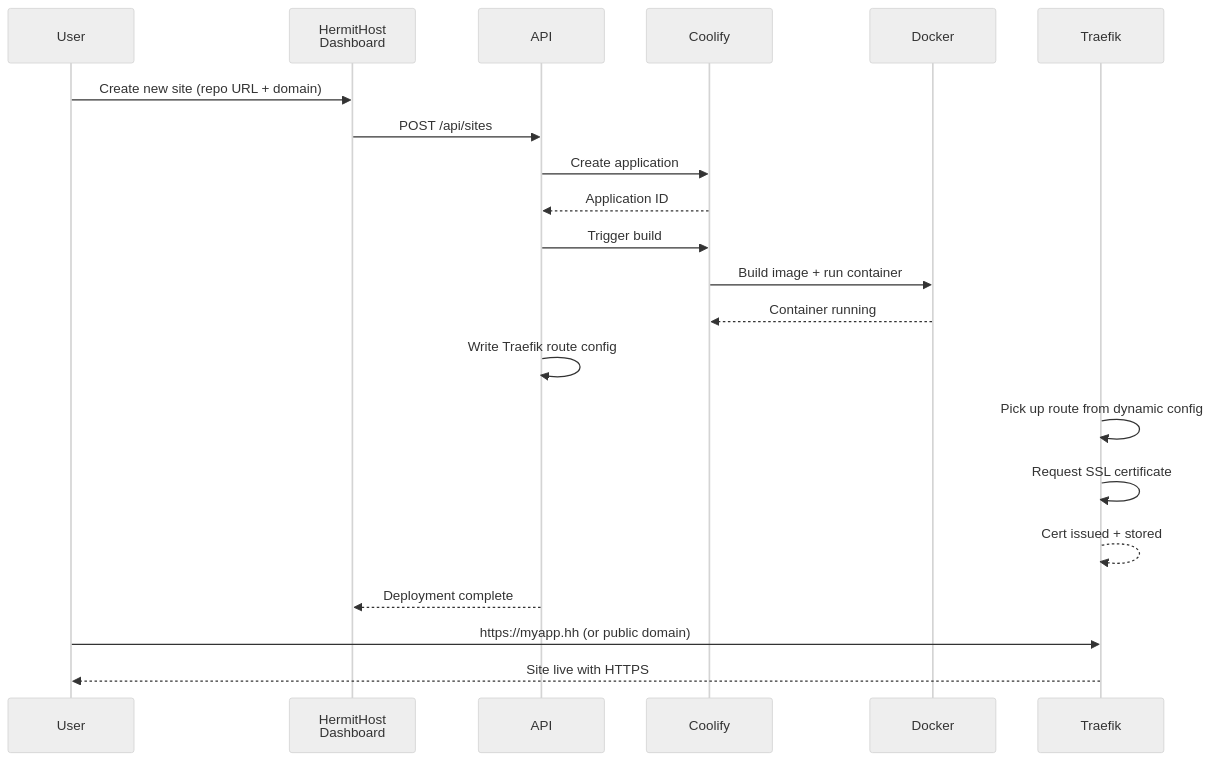
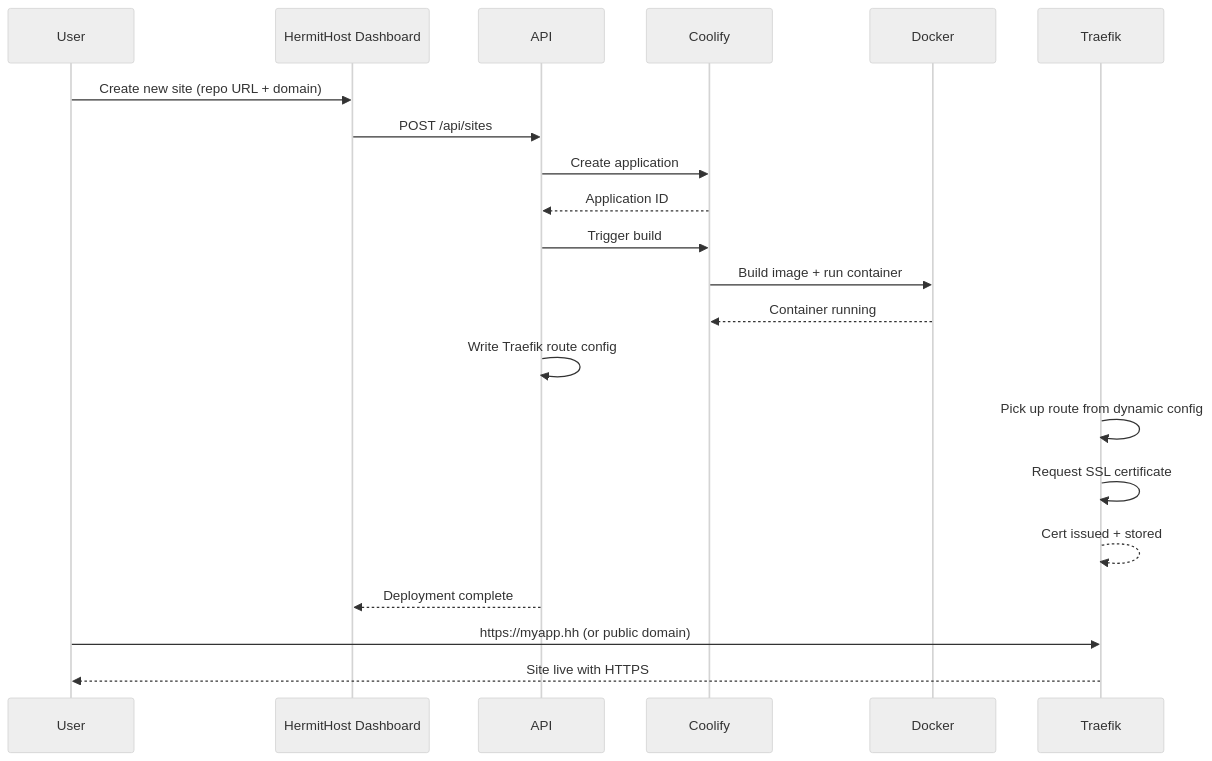
The third of 3 diagrams in README.md (10Legs/hermithost), drawn with Mermaid (neutral theme) before and after one commit. The commit also changed other lines of this file, not shown here.

Commit message:
fix(docs): remove br tags and apostrophe from Mermaid diagrams for GitHub rendering

````diff
--- a/README.md
+++ b/README.md
@@ -73,24 +73,24 @@
 ```mermaid
 sequenceDiagram
   participant User
-  participant Dashboard as HermitHost<br/>Dashboard
+  participant Dashboard as HermitHost Dashboard
   participant API
   participant Coolify
   participant Docker
   participant Traefik
   
   User->>Dashboard: Create new site (repo URL + domain)
   Dashboard->>API: POST /api/sites
   API->>Coolify: Create application
   Coolify-->>API: Application ID
   API->>Coolify: Trigger build
   Coolify->>Docker: Build image + run container
   Docker-->>Coolify: Container running
   API->>API: Write Traefik route config
   Traefik->>Traefik: Pick up route from dynamic config
   Traefik->>Traefik: Request SSL certificate
   Traefik-->>Traefik: Cert issued + stored
   API-->>Dashboard: Deployment complete
   User->>Traefik: https://myapp.hh (or public domain)
   Traefik-->>User: Site live with HTTPS
 ```
````
